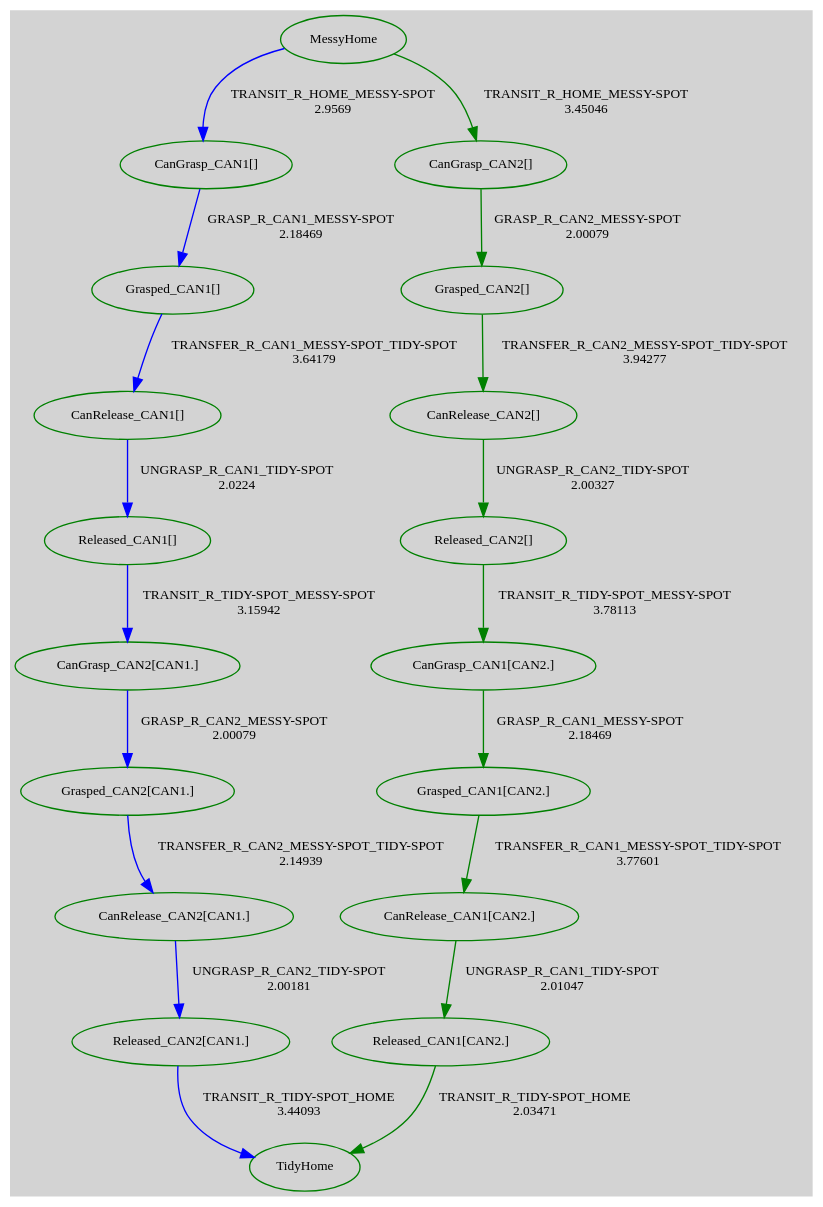
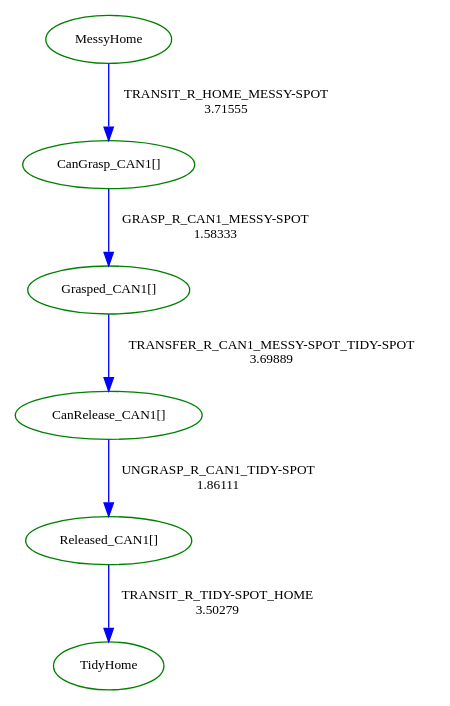
The diagram in planner_manager/tmg/tmg.dot (tttor/hiroken-ros-pkg), drawn with Graphviz before and after one commit. The commit also changed 9 other files, not shown here.

```diff
--- a/planner_manager/tmg/tmg.dot
+++ b/planner_manager/tmg/tmg.dot
@@ -1,39 +1,13 @@
 digraph G {
-graph [bgcolor=lightgrey]
 0[label="MessyHome",fontsize="10",color="green"];
 1[label="TidyHome",fontsize="10",color="green"];
 2[label="CanGrasp_CAN1[]",fontsize="10",color="green"];
 3[label="Grasped_CAN1[]",fontsize="10",color="green"];
 4[label="CanRelease_CAN1[]",fontsize="10",color="green"];
 5[label="Released_CAN1[]",fontsize="10",color="green"];
-6[label="CanGrasp_CAN2[CAN1.]",fontsize="10",color="green"];
-7[label="Grasped_CAN2[CAN1.]",fontsize="10",color="green"];
-8[label="CanRelease_CAN2[CAN1.]",fontsize="10",color="green"];
-9[label="Released_CAN2[CAN1.]",fontsize="10",color="green"];
-10[label="CanGrasp_CAN2[]",fontsize="10",color="green"];
-11[label="Grasped_CAN2[]",fontsize="10",color="green"];
-12[label="CanRelease_CAN2[]",fontsize="10",color="green"];
-13[label="Released_CAN2[]",fontsize="10",color="green"];
-14[label="CanGrasp_CAN1[CAN2.]",fontsize="10",color="green"];
-15[label="Grasped_CAN1[CAN2.]",fontsize="10",color="green"];
-16[label="CanRelease_CAN1[CAN2.]",fontsize="10",color="green"];
-17[label="Released_CAN1[CAN2.]",fontsize="10",color="green"];
-0->2 [label="TRANSIT_R_HOME_MESSY-SPOT\n2.9569",fontsize="10",color="blue"];
-2->3 [label="GRASP_R_CAN1_MESSY-SPOT\n2.18469",fontsize="10",color="blue"];
-3->4 [label="TRANSFER_R_CAN1_MESSY-SPOT_TIDY-SPOT\n3.64179",fontsize="10",color="blue"];
-4->5 [label="UNGRASP_R_CAN1_TIDY-SPOT\n2.0224",fontsize="10",color="blue"];
-5->6 [label="TRANSIT_R_TIDY-SPOT_MESSY-SPOT\n3.15942",fontsize="10",color="blue"];
-6->7 [label="GRASP_R_CAN2_MESSY-SPOT\n2.00079",fontsize="10",color="blue"];
-7->8 [label="TRANSFER_R_CAN2_MESSY-SPOT_TIDY-SPOT\n2.14939",fontsize="10",color="blue"];
-8->9 [label="UNGRASP_R_CAN2_TIDY-SPOT\n2.00181",fontsize="10",color="blue"];
-9->1 [label="TRANSIT_R_TIDY-SPOT_HOME\n3.44093",fontsize="10",color="blue"];
-0->10 [label="TRANSIT_R_HOME_MESSY-SPOT\n3.45046",fontsize="10",color="green"];
-10->11 [label="GRASP_R_CAN2_MESSY-SPOT\n2.00079",fontsize="10",color="green"];
-11->12 [label="TRANSFER_R_CAN2_MESSY-SPOT_TIDY-SPOT\n3.94277",fontsize="10",color="green"];
-12->13 [label="UNGRASP_R_CAN2_TIDY-SPOT\n2.00327",fontsize="10",color="green"];
-13->14 [label="TRANSIT_R_TIDY-SPOT_MESSY-SPOT\n3.78113",fontsize="10",color="green"];
-14->15 [label="GRASP_R_CAN1_MESSY-SPOT\n2.18469",fontsize="10",color="green"];
-15->16 [label="TRANSFER_R_CAN1_MESSY-SPOT_TIDY-SPOT\n3.77601",fontsize="10",color="green"];
-16->17 [label="UNGRASP_R_CAN1_TIDY-SPOT\n2.01047",fontsize="10",color="green"];
-17->1 [label="TRANSIT_R_TIDY-SPOT_HOME\n2.03471",fontsize="10",color="green"];
+0->2 [label="TRANSIT_R_HOME_MESSY-SPOT\n3.71555",fontsize="10",color="blue"];
+2->3 [label="GRASP_R_CAN1_MESSY-SPOT\n1.58333",fontsize="10",color="blue"];
+3->4 [label="TRANSFER_R_CAN1_MESSY-SPOT_TIDY-SPOT\n3.69889",fontsize="10",color="blue"];
+4->5 [label="UNGRASP_R_CAN1_TIDY-SPOT\n1.86111",fontsize="10",color="blue"];
+5->1 [label="TRANSIT_R_TIDY-SPOT_HOME\n3.50279",fontsize="10",color="blue"];
 }
```
